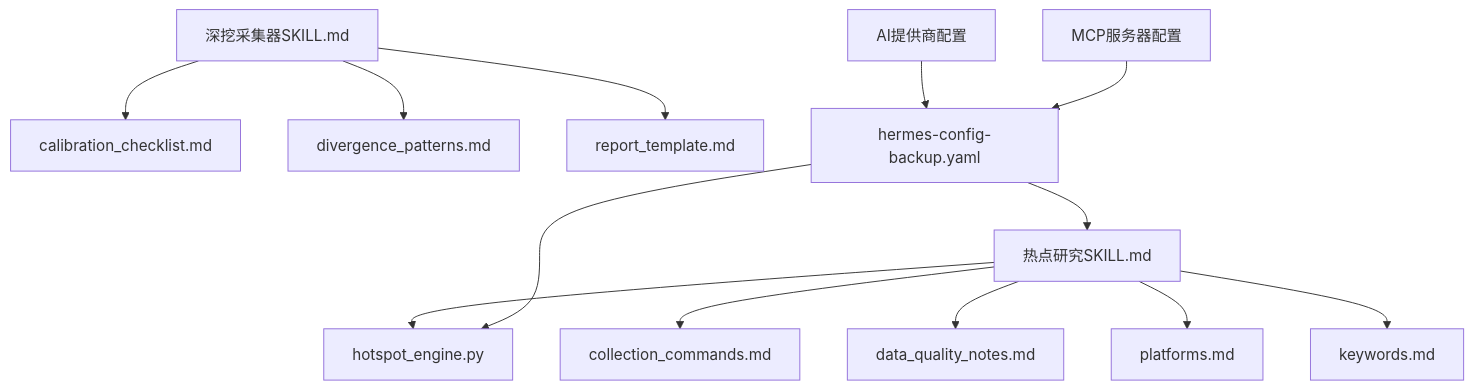
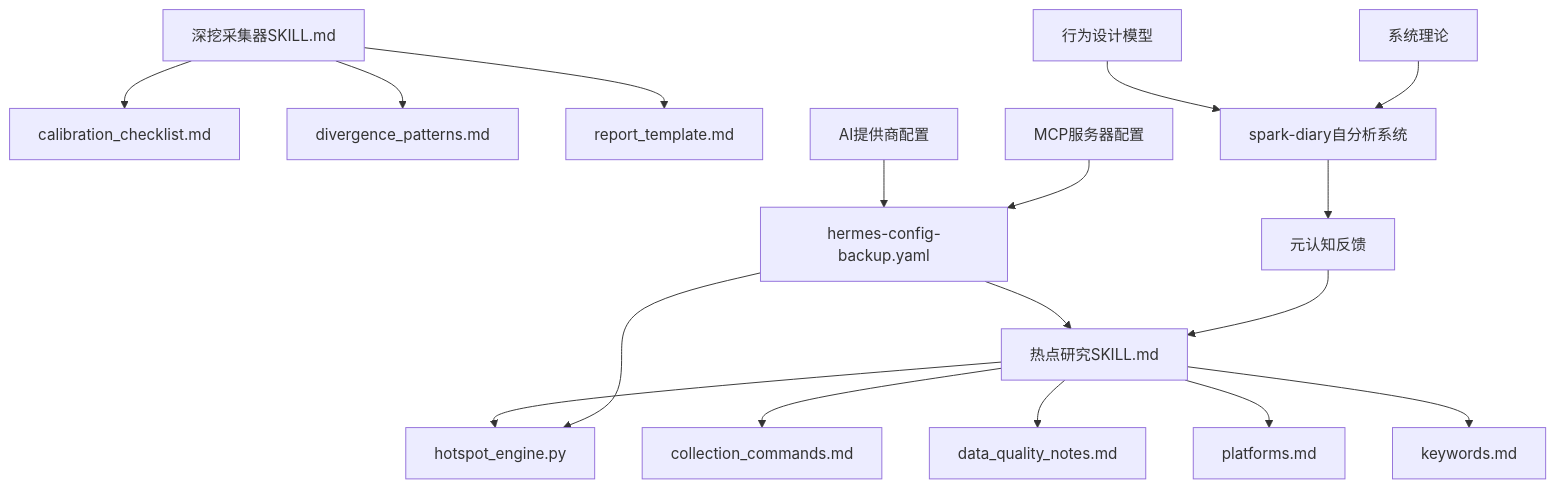
Before and after one commit to John198912/hermes_workspace: diagram 14 of 14 in .qoder/repowiki/zh/content/核心技能详解/核心技能详解.md, drawn with Mermaid. The commit also changed other lines of this file and 3 other files, not shown here.

````diff
--- a/.qoder/repowiki/zh/content/核心技能详解/核心技能详解.md
+++ b/.qoder/repowiki/zh/content/核心技能详解/核心技能详解.md
@@ -579,15 +670,19 @@
 ```mermaid
 graph TB
 HR_SKILL["热点研究SKILL.md"] --> ENG["hotspot_engine.py"]
 HR_SKILL --> COLM["collection_commands.md"]
 HR_SKILL --> DQUAL["data_quality_notes.md"]
 HR_SKILL --> PLAT["platforms.md"]
 HR_SKILL --> KW["keywords.md"]
 EX_SKILL["深挖采集器SKILL.md"] --> CAL["calibration_checklist.md"]
 EX_SKILL --> DIV["divergence_patterns.md"]
 EX_SKILL --> TPL["report_template.md"]
 HERMES_CONFIG["hermes-config-backup.yaml"] --> HR_SKILL
 HERMES_CONFIG --> ENG
 PROVIDERS["AI提供商配置"] --> HERMES_CONFIG
 MCP_SERVERS["MCP服务器配置"] --> HERMES_CONFIG
+SPARK_DIAG["spark-diary自分析系统"] --> META_FEEDBACK["元认知反馈"]
+META_FEEDBACK --> HR_SKILL
+BEHAVIOR_MODELS["行为设计模型"] --> SPARK_DIAG
+SYSTEM_THEORY["系统理论"] --> SPARK_DIAG
 ```
````
